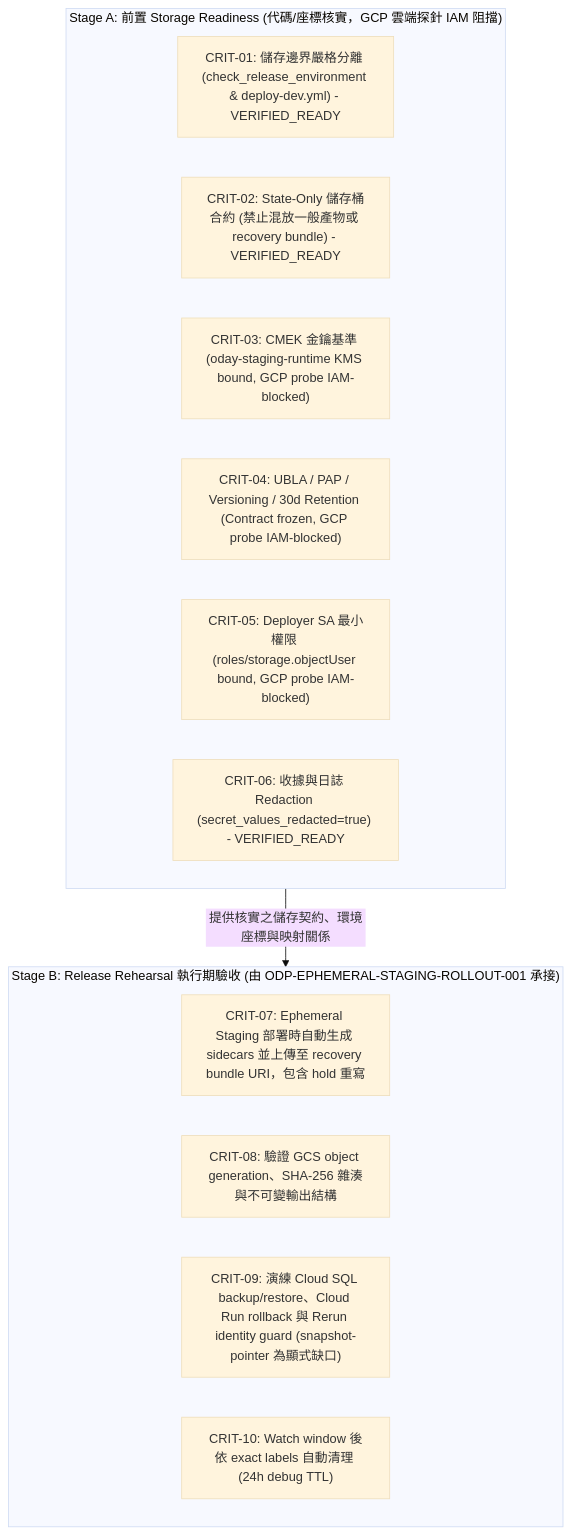
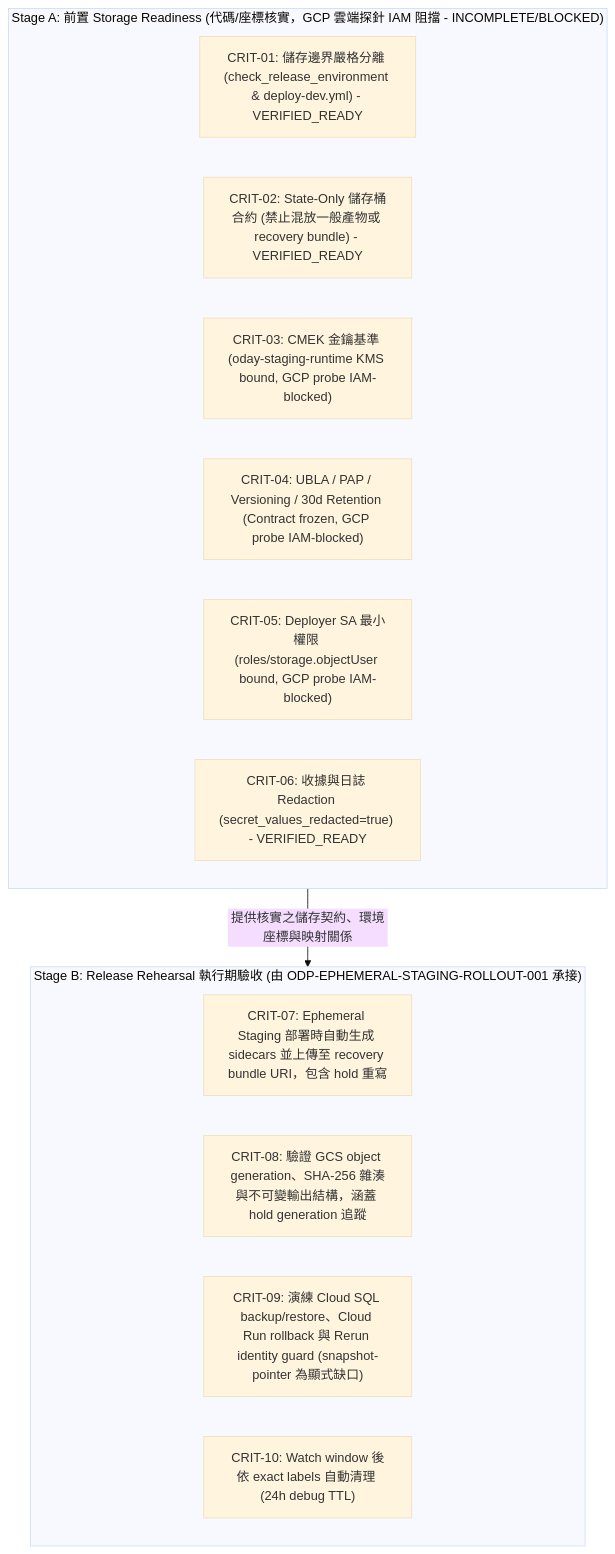
One commit to alfloop-dev/odayplus changed the diagram in docs/evidence/runtime/ODP-STAGING-RECOVERY-STORAGE-ACCEPTANCE-001/README.md. Above: the diagram before and after it, drawn with Mermaid (base theme). The commit also changed other lines of this file and 3 other files, not shown here.

````diff
--- a/docs/evidence/runtime/ODP-STAGING-RECOVERY-STORAGE-ACCEPTANCE-001/README.md
+++ b/docs/evidence/runtime/ODP-STAGING-RECOVERY-STORAGE-ACCEPTANCE-001/README.md
@@ -182,20 +190,20 @@
 ```mermaid
 flowchart TD
-    subgraph STAGE_A["Stage A: 前置 Storage Readiness (代碼/座標核實，GCP 雲端探針 IAM 阻擋)"]
+    subgraph STAGE_A["Stage A: 前置 Storage Readiness (代碼/座標核實，GCP 雲端探針 IAM 阻擋 - INCOMPLETE/BLOCKED)"]
         A1["CRIT-01: 儲存邊界嚴格分離 (check_release_environment & deploy-dev.yml) - VERIFIED_READY"]
         A2["CRIT-02: State-Only 儲存桶合約 (禁止混放一般產物或 recovery bundle) - VERIFIED_READY"]
         A3["CRIT-03: CMEK 金鑰基準 (oday-staging-runtime KMS bound, GCP probe IAM-blocked)"]
         A4["CRIT-04: UBLA / PAP / Versioning / 30d Retention (Contract frozen, GCP probe IAM-blocked)"]
         A5["CRIT-05: Deployer SA 最小權限 (roles/storage.objectUser bound, GCP probe IAM-blocked)"]
         A6["CRIT-06: 收據與日誌 Redaction (secret_values_redacted=true) - VERIFIED_READY"]
     end
 
     subgraph STAGE_B["Stage B: Release Rehearsal 執行期驗收 (由 ODP-EPHEMERAL-STAGING-ROLLOUT-001 承接)"]
         B1["CRIT-07: Ephemeral Staging 部署時自動生成 sidecars 並上傳至 recovery bundle URI，包含 hold 重寫"]
-        B2["CRIT-08: 驗證 GCS object generation、SHA-256 雜湊與不可變輸出結構"]
+        B2["CRIT-08: 驗證 GCS object generation、SHA-256 雜湊與不可變輸出結構，涵蓋 hold generation 追蹤"]
         B3["CRIT-09: 演練 Cloud SQL backup/restore、Cloud Run rollback 與 Rerun identity guard (snapshot-pointer 為顯式缺口)"]
         B4["CRIT-10: Watch window 後依 exact labels 自動清理 (24h debug TTL)"]
     end
 
     STAGE_A -->|提供核實之儲存契約、環境座標與映射關係| STAGE_B
 ```
````
